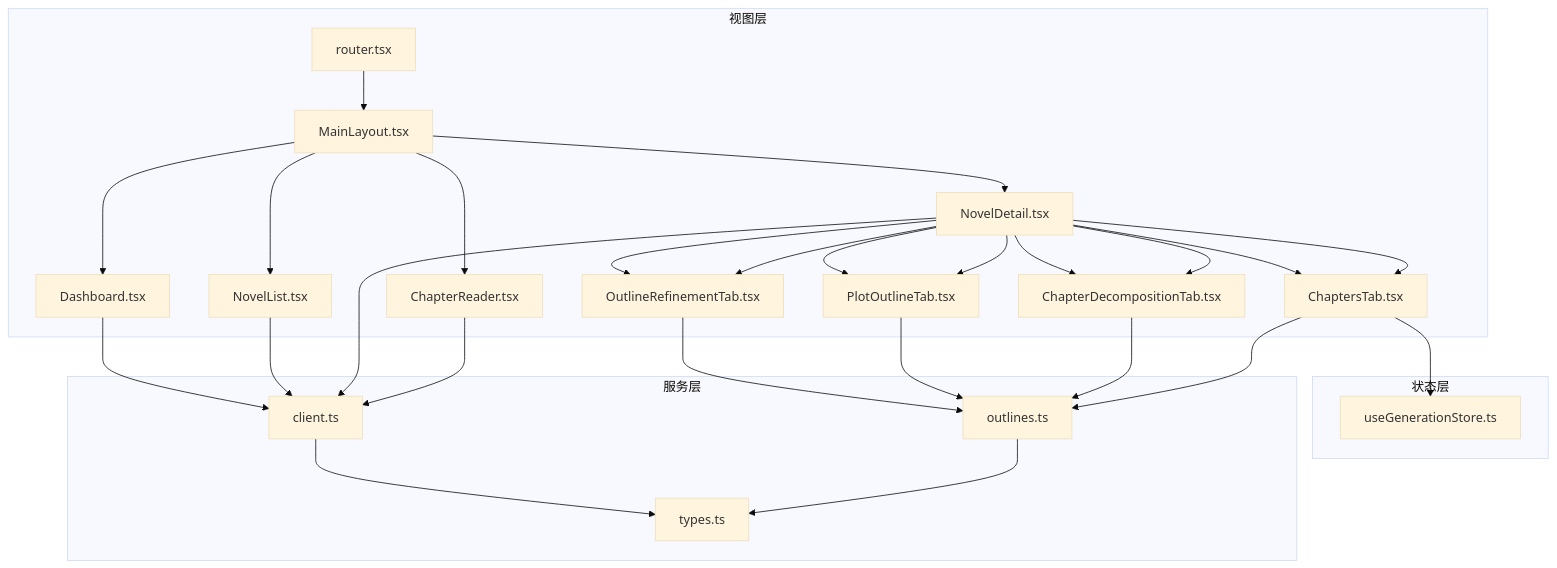
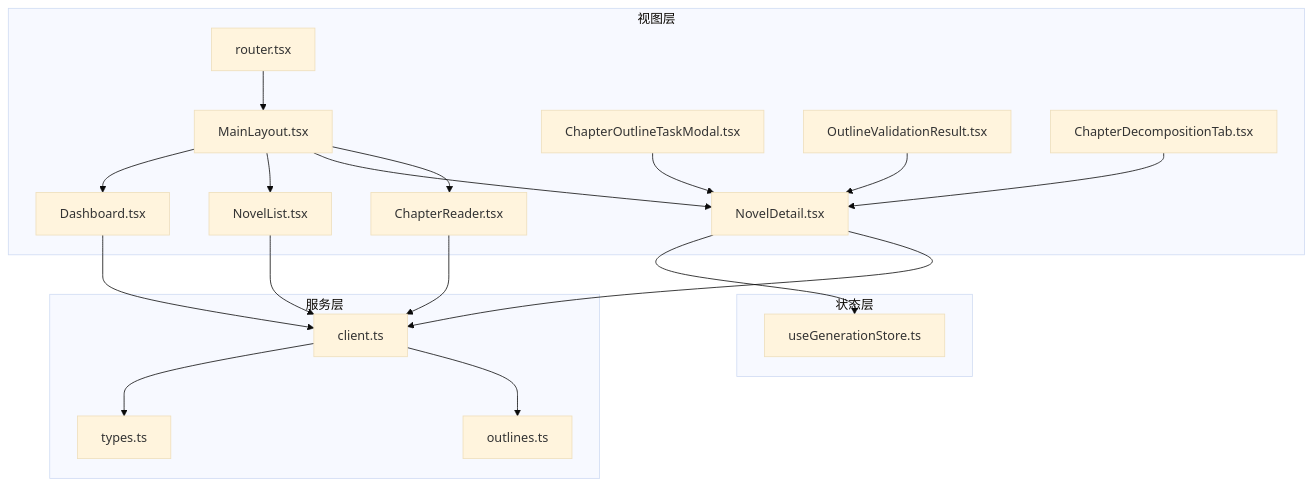
One commit to xfbyxq/ai-novel-system changed the second of 7 diagrams in .qoder/repowiki/zh/content/前端架构/前端架构.md. Above: the diagram before and after it, drawn with Mermaid (base theme). The commit also changed other lines of this file and 38 other files, not shown here.

````diff
--- a/.qoder/repowiki/zh/content/前端架构/前端架构.md
+++ b/.qoder/repowiki/zh/content/前端架构/前端架构.md
@@ -142,43 +142,37 @@
 ```mermaid
 graph TB
 subgraph "视图层"
 R["router.tsx"]
 L["MainLayout.tsx"]
 P1["Dashboard.tsx"]
 P2["NovelList.tsx"]
 P3["NovelDetail.tsx"]
-P3 --> P4["OutlineRefinementTab.tsx"]
-P3 --> P5["PlotOutlineTab.tsx"]
-P3 --> P6["ChapterDecompositionTab.tsx"]
-P3 --> P7["ChaptersTab.tsx"]
-P8["ChapterReader.tsx"]
+P4["ChapterReader.tsx"]
+C1["ChapterOutlineTaskModal.tsx"]
+C2["OutlineValidationResult.tsx"]
+C3["ChapterDecompositionTab.tsx"]
 end
 subgraph "状态层"
 Z["useGenerationStore.ts"]
 end
 subgraph "服务层"
 C["client.ts"]
 T["types.ts"]
 O["outlines.ts"]
 end
 R --> L
 L --> P1
 L --> P2
 L --> P3
-P3 --> P4
-P3 --> P5
-P3 --> P6
-P3 --> P7
-L --> P8
-P7 --> Z
+L --> P4
+P3 --> Z
 P1 --> C
 P2 --> C
 P3 --> C
-P4 --> O
-P5 --> O
-P6 --> O
-P7 --> O
-P8 --> C
+P4 --> C
 C --> T
-O --> T
+C --> O
+C1 --> P3
+C2 --> P3
+C3 --> P3
 ```
````
